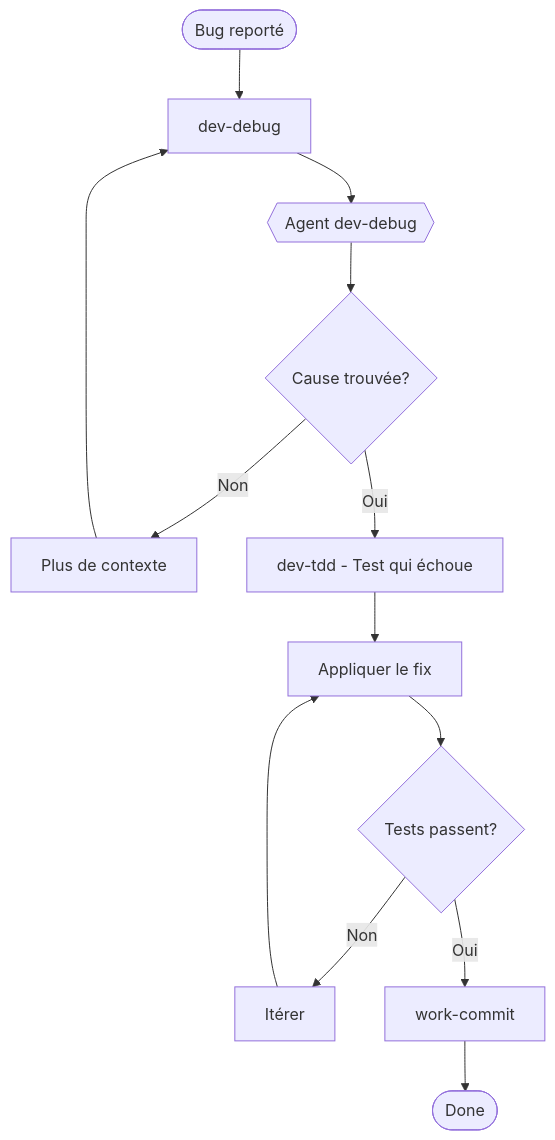
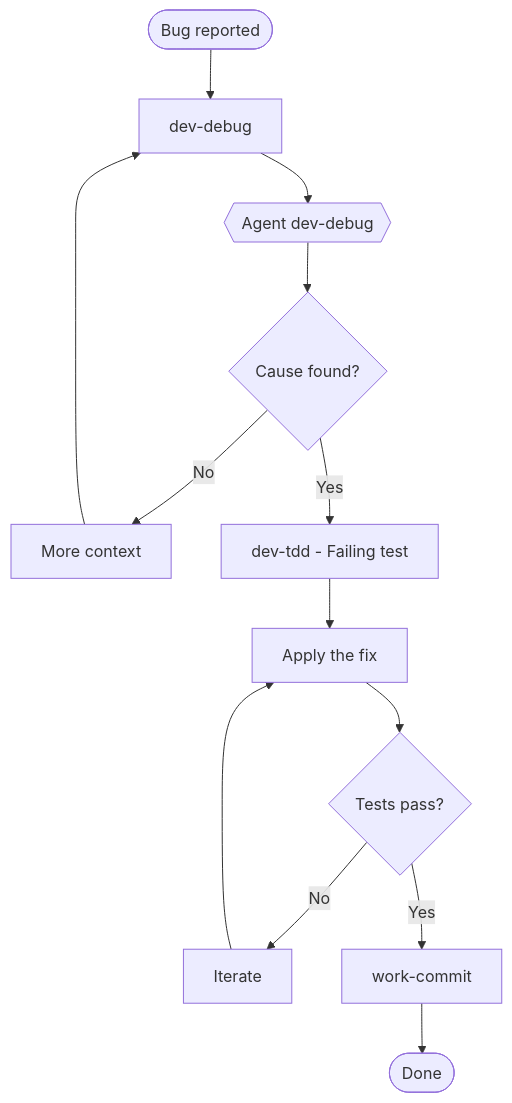
The third of 8 diagrams in website/docs/concepts/workflows.md (christopherlouet/claude-base), drawn with Mermaid before and after one commit. The commit also changed other lines of this file and 1 other file, not shown here.

````diff
--- a/website/docs/concepts/workflows.md
+++ b/website/docs/concepts/workflows.md
@@ -176,15 +176,15 @@
 ```mermaid
 flowchart TD
-    BUG([Bug reporté]) --> DEBUG[dev-debug]
+    BUG([Bug reported]) --> DEBUG[dev-debug]
     DEBUG --> AGENT{{Agent dev-debug}}
-    AGENT --> FOUND{Cause trouvée?}
-    FOUND -->|Non| CONTEXT[Plus de contexte]
+    AGENT --> FOUND{Cause found?}
+    FOUND -->|No| CONTEXT[More context]
     CONTEXT --> DEBUG
-    FOUND -->|Oui| TEST[dev-tdd - Test qui échoue]
-    TEST --> FIX[Appliquer le fix]
-    FIX --> PASS{Tests passent?}
-    PASS -->|Non| ITERATE[Itérer]
+    FOUND -->|Yes| TEST[dev-tdd - Failing test]
+    TEST --> FIX[Apply the fix]
+    FIX --> PASS{Tests pass?}
+    PASS -->|No| ITERATE[Iterate]
     ITERATE --> FIX
-    PASS -->|Oui| COMMIT[work-commit]
+    PASS -->|Yes| COMMIT[work-commit]
     COMMIT --> DONE([Done])
 ```
````
